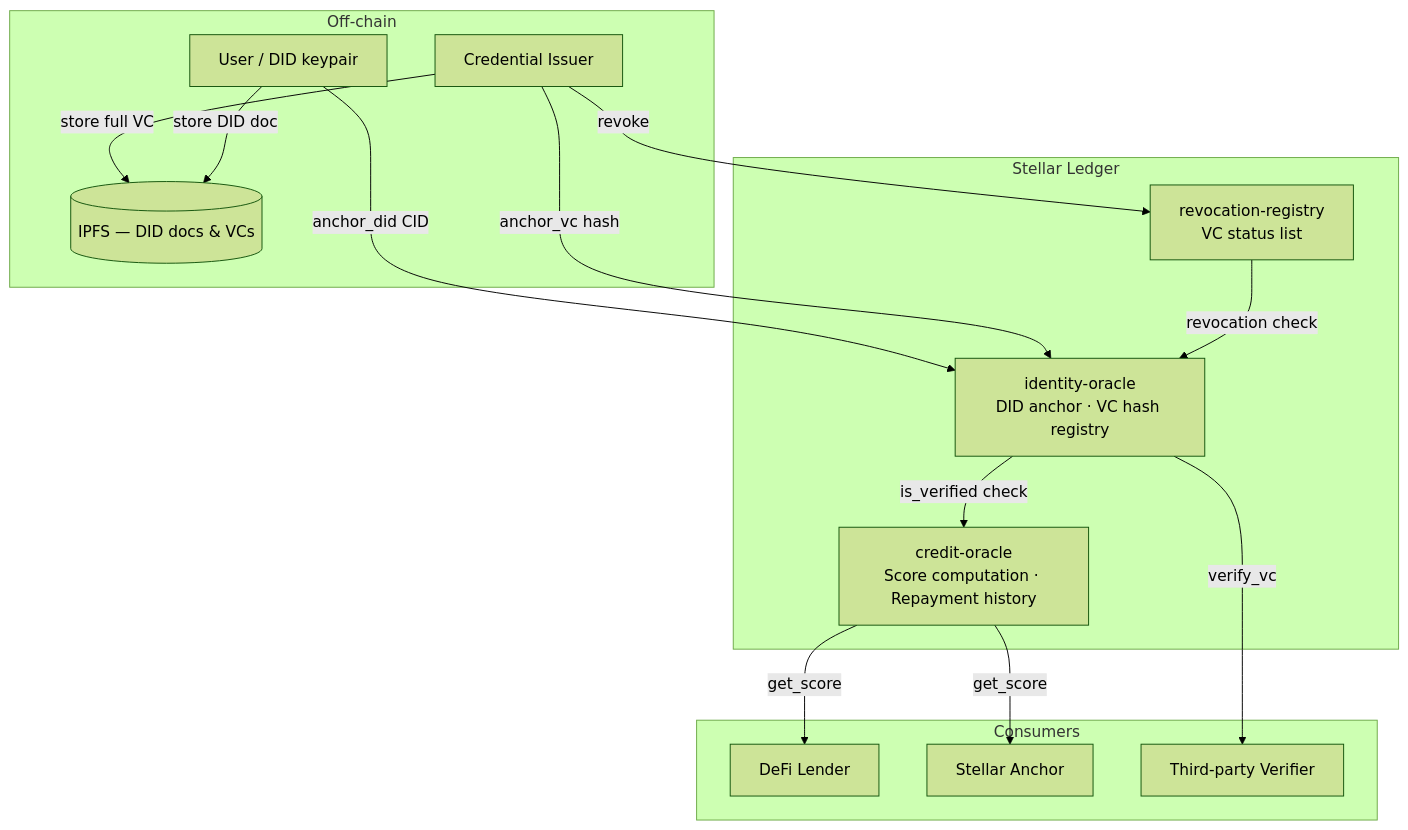
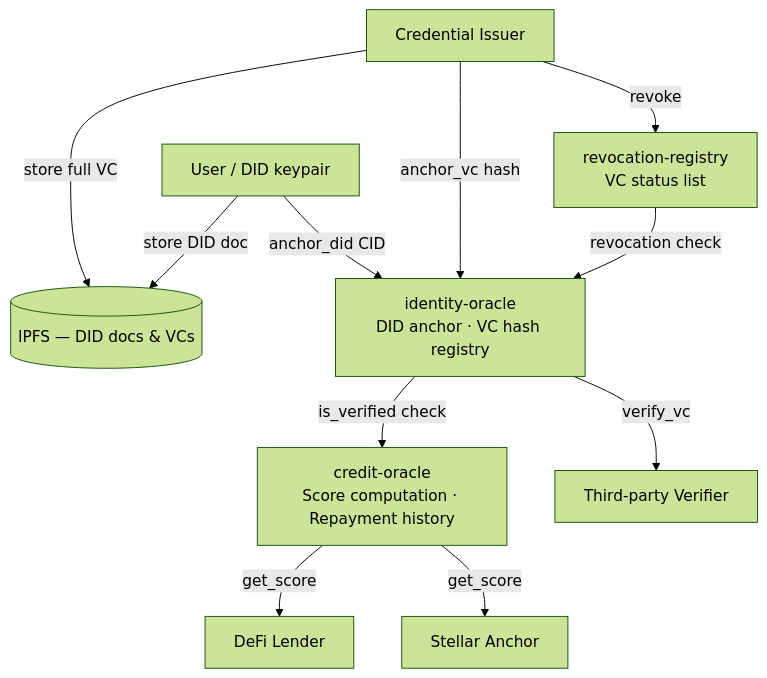
The diagram in README.md (DatboiCaleb/stellar-did-credit), drawn with Mermaid (forest theme) before and after one commit. The commit also changed 1 other file, not shown here.

Commit message:
docs: flatten nested subgraphs in mermaid diagrams (#197)
GitHub's mermaid renderer does not consistently support nested
subgraphs. Replace subgraph blocks with prefixed node names
(OFF_, SC_, CON_) in both README.md and docs/architecture.md.

Also fix a broken edge fragment in the architecture.md system
diagram (dangling 'get_active_vc_count| ID' line restored as a
proper SC_CR --> SC_ID edge).

Closes #73

````diff
--- a/README.md
+++ b/README.md
@@ -56,31 +56,25 @@
 ```mermaid
 graph TB
-    subgraph Off-chain
-        USER[User / DID keypair]
-        ISSUER[Credential Issuer]
-        IPFS[(IPFS — DID docs & VCs)]
-    end
+    OFF_USER[User / DID keypair]
+    OFF_ISSUER[Credential Issuer]
+    OFF_IPFS[(IPFS — DID docs & VCs)]
 
-    subgraph Stellar Ledger
-        IO[identity-oracle\nDID anchor · VC hash registry]
-        CO[credit-oracle\nScore computation · Repayment history]
-        RR[revocation-registry\nVC status list]
-    end
+    SC_IO[identity-oracle\nDID anchor · VC hash registry]
+    SC_CO[credit-oracle\nScore computation · Repayment history]
+    SC_RR[revocation-registry\nVC status list]
 
-    subgraph Consumers
-        LENDER[DeFi Lender]
-        ANCHOR[Stellar Anchor]
-        VERIFIER[Third-party Verifier]
-    end
+    CON_LENDER[DeFi Lender]
+    CON_ANCHOR[Stellar Anchor]
+    CON_VERIFIER[Third-party Verifier]
 
-    USER    -->|anchor_did CID| IO
-    ISSUER  -->|anchor_vc hash| IO
-    ISSUER  -->|store full VC| IPFS
-    USER    -->|store DID doc| IPFS
-    IO      -->|is_verified check| CO
-    RR      -->|revocation check| IO
-    ISSUER  -->|revoke| RR
-    CO      -->|get_score| LENDER
-    CO      -->|get_score| ANCHOR
-    IO      -->|verify_vc| VERIFIER
+    OFF_USER    -->|anchor_did CID| SC_IO
+    OFF_ISSUER  -->|anchor_vc hash| SC_IO
+    OFF_ISSUER  -->|store full VC| OFF_IPFS
+    OFF_USER    -->|store DID doc| OFF_IPFS
+    SC_IO       -->|is_verified check| SC_CO
+    SC_RR       -->|revocation check| SC_IO
+    OFF_ISSUER  -->|revoke| SC_RR
+    SC_CO       -->|get_score| CON_LENDER
+    SC_CO       -->|get_score| CON_ANCHOR
+    SC_IO       -->|verify_vc| CON_VERIFIER
 ```
````
